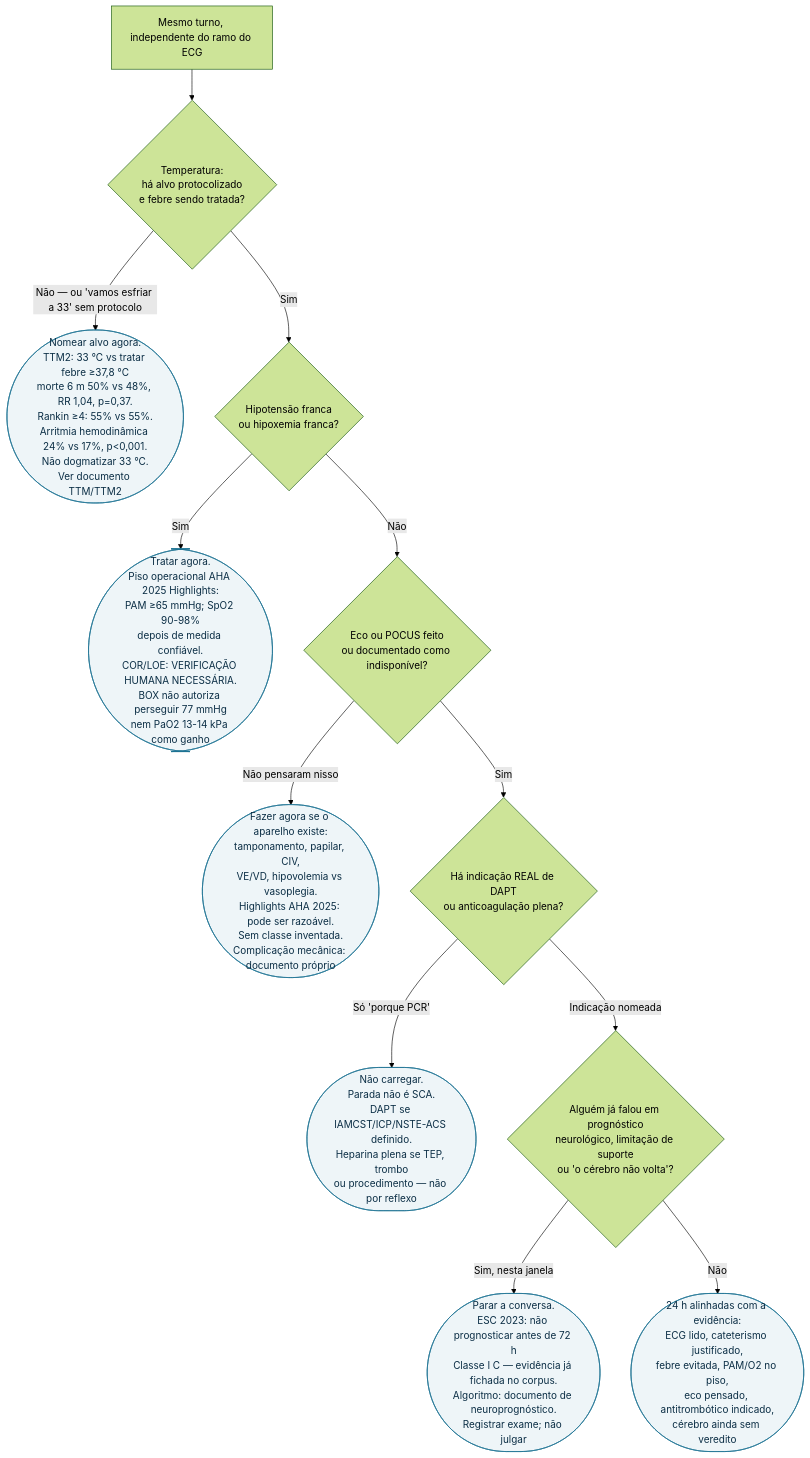
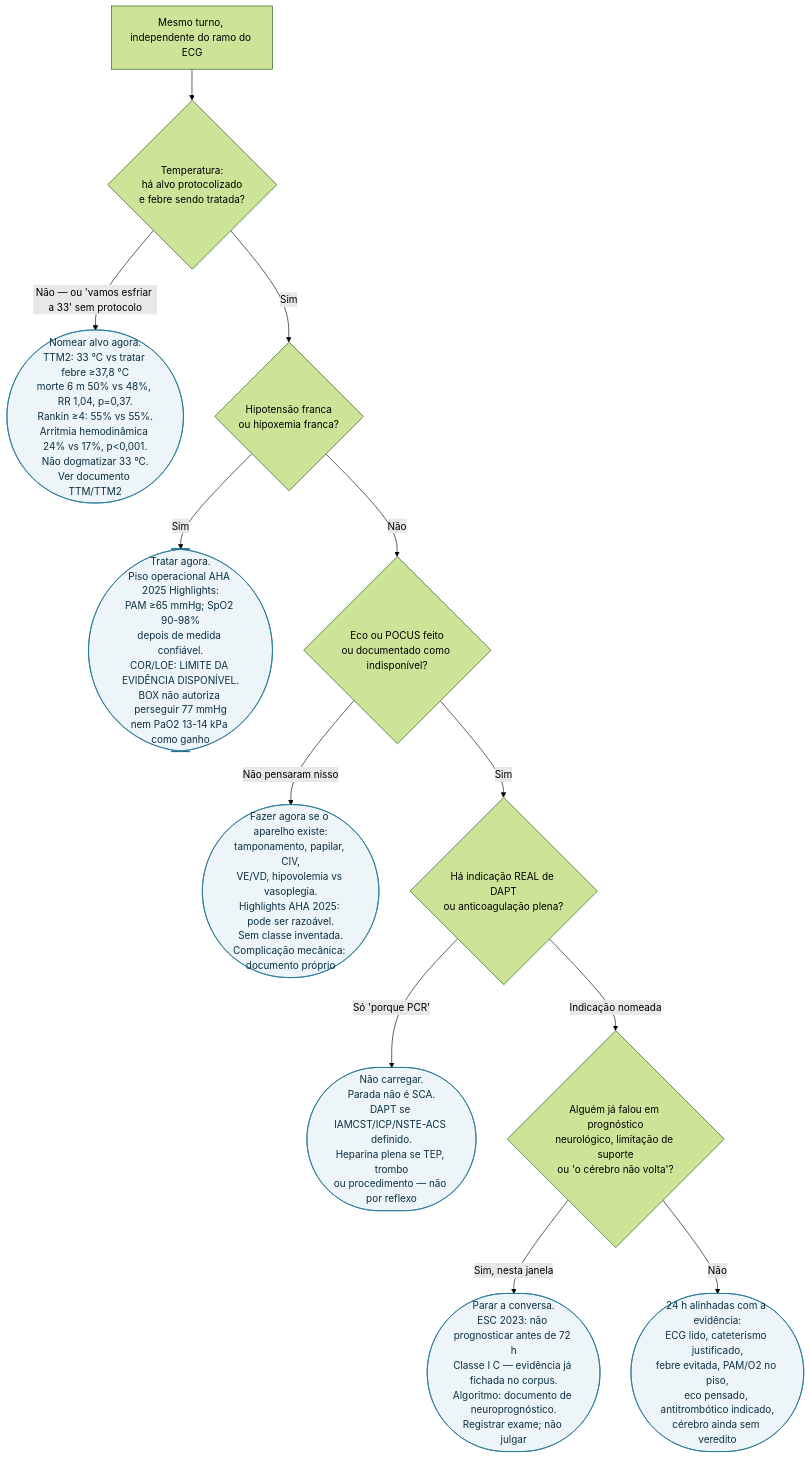
One commit to rafaelpaesmeirelles/MeuCardio changed the second of 2 diagrams in content/Terapia_intensiva/fluxograma-pos-rosc-ecg-temperatura-pa-e-cateterismo.md. Above: the diagram before and after it, drawn with Mermaid (forest theme). The commit also changed other lines of this file and 423 other files, not shown here.

````diff
--- a/content/Terapia_intensiva/fluxograma-pos-rosc-ecg-temperatura-pa-e-cateterismo.md
+++ b/content/Terapia_intensiva/fluxograma-pos-rosc-ecg-temperatura-pa-e-cateterismo.md
@@ -68,27 +68,27 @@
 ```mermaid
 flowchart TD
   S0["Mesmo turno, independente do ramo do ECG"] --> S1{"Temperatura:<br/>há alvo protocolizado<br/>e febre sendo tratada?"}
 
   S1 -->|"Não — ou 'vamos esfriar a 33' sem protocolo"| T1(["Nomear alvo agora.<br/>TTM2: 33 °C vs tratar febre ≥37,8 °C<br/>morte 6 m 50% vs 48%, RR 1,04, p=0,37.<br/>Rankin ≥4: 55% vs 55%.<br/>Arritmia hemodinâmica 24% vs 17%, p<0,001.<br/>Não dogmatizar 33 °C.<br/>Ver documento TTM/TTM2"])
 
   S1 -->|"Sim"| S2{"Hipotensão franca<br/>ou hipoxemia franca?"}
 
-  S2 -->|"Sim"| T2(["Tratar agora.<br/>Piso operacional AHA 2025 Highlights:<br/>PAM ≥65 mmHg; SpO2 90-98%<br/>depois de medida confiável.<br/>COR/LOE: VERIFICAÇÃO HUMANA NECESSÁRIA.<br/>BOX não autoriza perseguir 77 mmHg<br/>nem PaO2 13-14 kPa como ganho"])
+  S2 -->|"Sim"| T2(["Tratar agora.<br/>Piso operacional AHA 2025 Highlights:<br/>PAM ≥65 mmHg; SpO2 90-98%<br/>depois de medida confiável.<br/>COR/LOE: LIMITE DA EVIDÊNCIA DISPONÍVEL.<br/>BOX não autoriza perseguir 77 mmHg<br/>nem PaO2 13-14 kPa como ganho"])
 
   S2 -->|"Não"| S3{"Eco ou POCUS feito<br/>ou documentado como indisponível?"}
 
   S3 -->|"Não pensaram nisso"| T3(["Fazer agora se o aparelho existe:<br/>tamponamento, papilar, CIV,<br/>VE/VD, hipovolemia vs vasoplegia.<br/>Highlights AHA 2025: pode ser razoável.<br/>Sem classe inventada.<br/>Complicação mecânica: documento próprio"])
 
   S3 -->|"Sim"| S4{"Há indicação REAL de DAPT<br/>ou anticoagulação plena?"}
 
   S4 -->|"Só 'porque PCR'"| T4(["Não carregar.<br/>Parada não é SCA.<br/>DAPT se IAMCST/ICP/NSTE-ACS definido.<br/>Heparina plena se TEP, trombo<br/>ou procedimento — não por reflexo"])
 
   S4 -->|"Indicação nomeada"| S5{"Alguém já falou em prognóstico<br/>neurológico, limitação de suporte<br/>ou 'o cérebro não volta'?"}
 
   S5 -->|"Sim, nesta janela"| T5(["Parar a conversa.<br/>ESC 2023: não prognosticar antes de 72 h<br/>Classe I C — evidência já fichada no corpus.<br/>Algoritmo: documento de neuroprognóstico.<br/>Registrar exame; não julgar"])
 
   S5 -->|"Não"| T6(["24 h alinhadas com a evidência:<br/>ECG lido, cateterismo justificado,<br/>febre evitada, PAM/O2 no piso,<br/>eco pensado, antitrombótico indicado,<br/>cérebro ainda sem veredito"])
 
   classDef conduta fill:#eef5f8,stroke:#1c7293,color:#0b2e45;
   class T1,T2,T3,T4,T5,T6 conduta;
 ```
````
